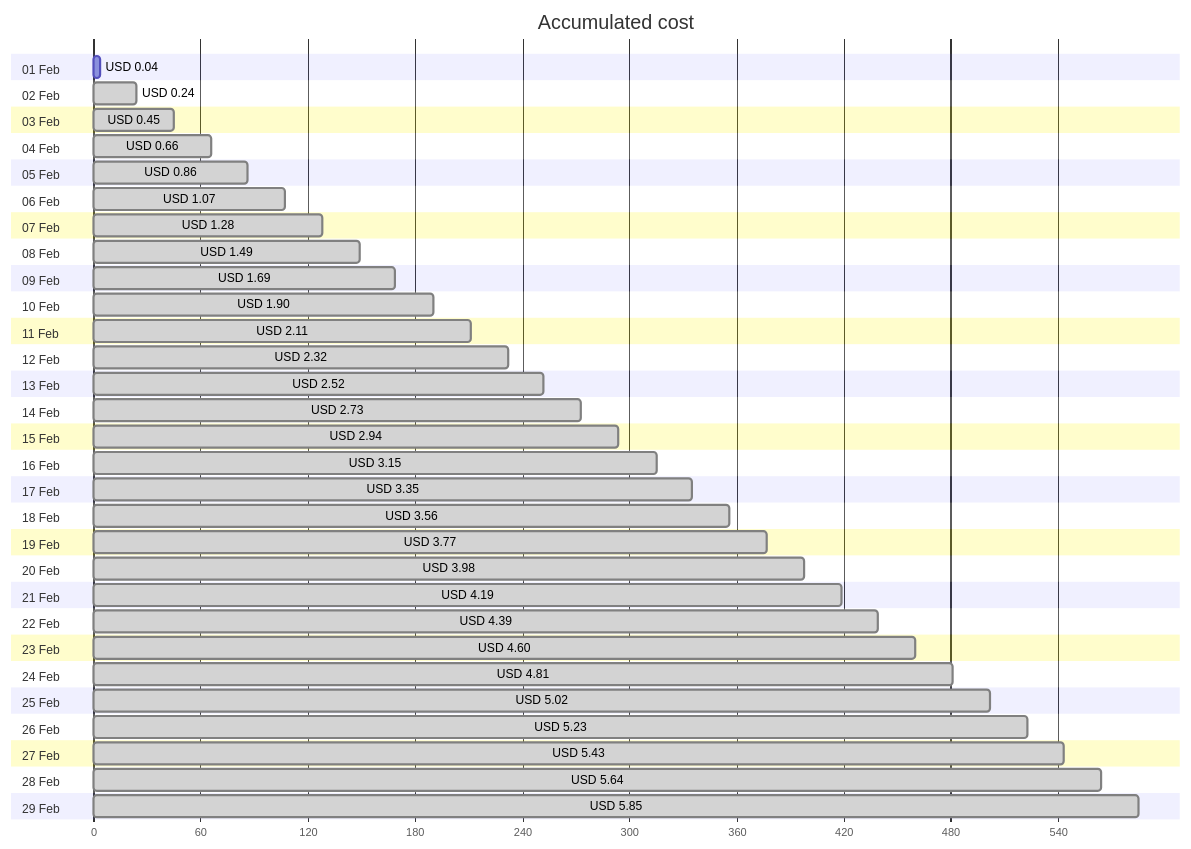
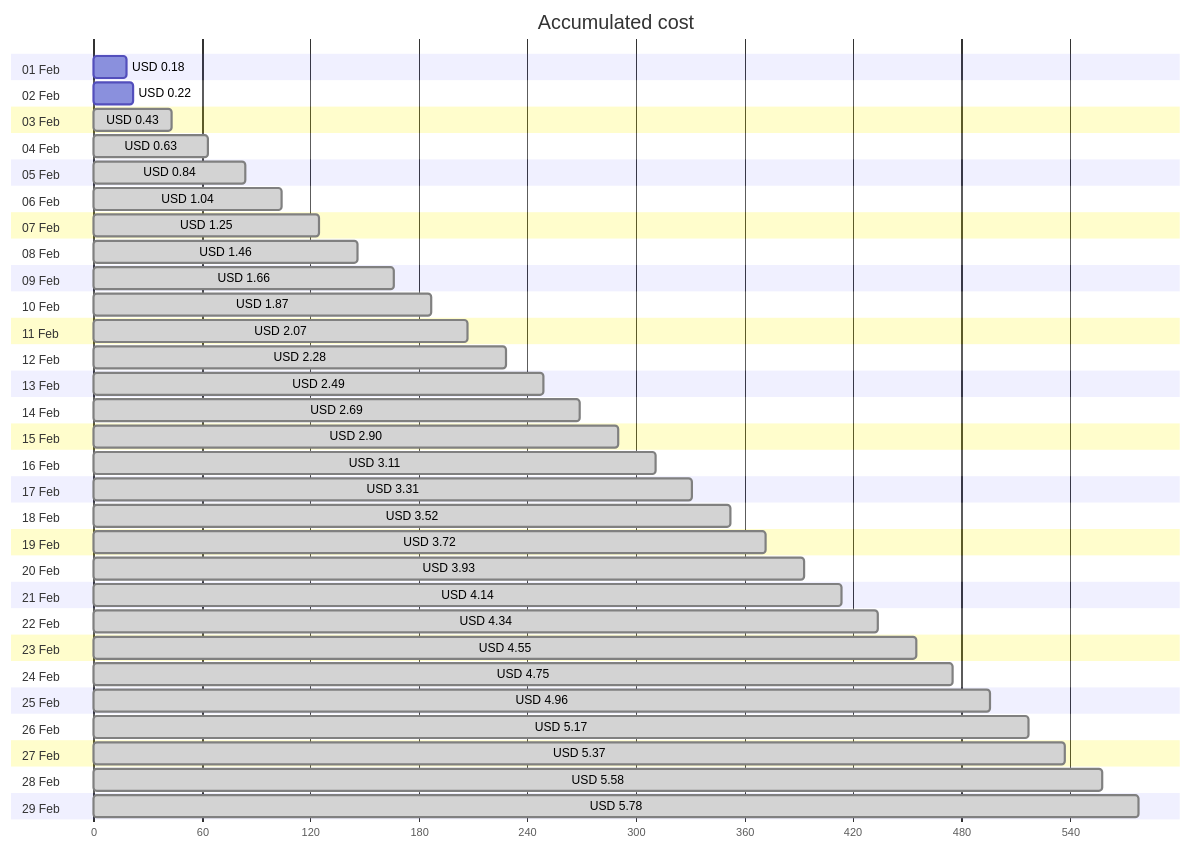
One commit to jpfulton/azure-personal-reports changed the first of 4 diagrams in cost-reports/personal-network/backup-server.md. Above: the diagram before and after it, drawn with Mermaid. The commit also changed other lines of this file and 8 other files, not shown here.

````diff
--- a/cost-reports/personal-network/backup-server.md
+++ b/cost-reports/personal-network/backup-server.md
@@ -20,64 +20,64 @@
 ```mermaid
 gantt
    title Accumulated cost
    dateFormat  X
    axisFormat %s
    section 01 Feb
-   USD 0.04 :0, 4
+   USD 0.18 :0, 18
    section 02 Feb
-   USD 0.24 : done, 0, 24
+   USD 0.22 :0, 22
    section 03 Feb
-   USD 0.45 : done, 0, 45
+   USD 0.43 : done, 0, 43
    section 04 Feb
-   USD 0.66 : done, 0, 66
+   USD 0.63 : done, 0, 63
    section 05 Feb
-   USD 0.86 : done, 0, 86
+   USD 0.84 : done, 0, 84
    section 06 Feb
-   USD 1.07 : done, 0, 107
+   USD 1.04 : done, 0, 104
    section 07 Feb
-   USD 1.28 : done, 0, 128
+   USD 1.25 : done, 0, 125
    section 08 Feb
-   USD 1.49 : done, 0, 149
+   USD 1.46 : done, 0, 146
    section 09 Feb
-   USD 1.69 : done, 0, 169
+   USD 1.66 : done, 0, 166
    section 10 Feb
-   USD 1.90 : done, 0, 190
+   USD 1.87 : done, 0, 187
    section 11 Feb
-   USD 2.11 : done, 0, 211
+   USD 2.07 : done, 0, 207
    section 12 Feb
-   USD 2.32 : done, 0, 232
+   USD 2.28 : done, 0, 228
    section 13 Feb
-   USD 2.52 : done, 0, 252
+   USD 2.49 : done, 0, 249
    section 14 Feb
-   USD 2.73 : done, 0, 273
+   USD 2.69 : done, 0, 269
    section 15 Feb
-   USD 2.94 : done, 0, 294
+   USD 2.90 : done, 0, 290
    section 16 Feb
-   USD 3.15 : done, 0, 315
+   USD 3.11 : done, 0, 311
    section 17 Feb
-   USD 3.35 : done, 0, 335
+   USD 3.31 : done, 0, 331
    section 18 Feb
-   USD 3.56 : done, 0, 356
+   USD 3.52 : done, 0, 352
    section 19 Feb
-   USD 3.77 : done, 0, 377
+   USD 3.72 : done, 0, 372
    section 20 Feb
-   USD 3.98 : done, 0, 398
+   USD 3.93 : done, 0, 393
    section 21 Feb
-   USD 4.19 : done, 0, 419
+   USD 4.14 : done, 0, 414
    section 22 Feb
-   USD 4.39 : done, 0, 439
+   USD 4.34 : done, 0, 434
    section 23 Feb
-   USD 4.60 : done, 0, 460
+   USD 4.55 : done, 0, 455
    section 24 Feb
-   USD 4.81 : done, 0, 481
+   USD 4.75 : done, 0, 475
    section 25 Feb
-   USD 5.02 : done, 0, 502
+   USD 4.96 : done, 0, 496
    section 26 Feb
-   USD 5.23 : done, 0, 523
+   USD 5.17 : done, 0, 517
    section 27 Feb
-   USD 5.43 : done, 0, 543
+   USD 5.37 : done, 0, 537
    section 28 Feb
-   USD 5.64 : done, 0, 564
+   USD 5.58 : done, 0, 558
    section 29 Feb
-   USD 5.85 : done, 0, 585
+   USD 5.78 : done, 0, 578
 ```
````
